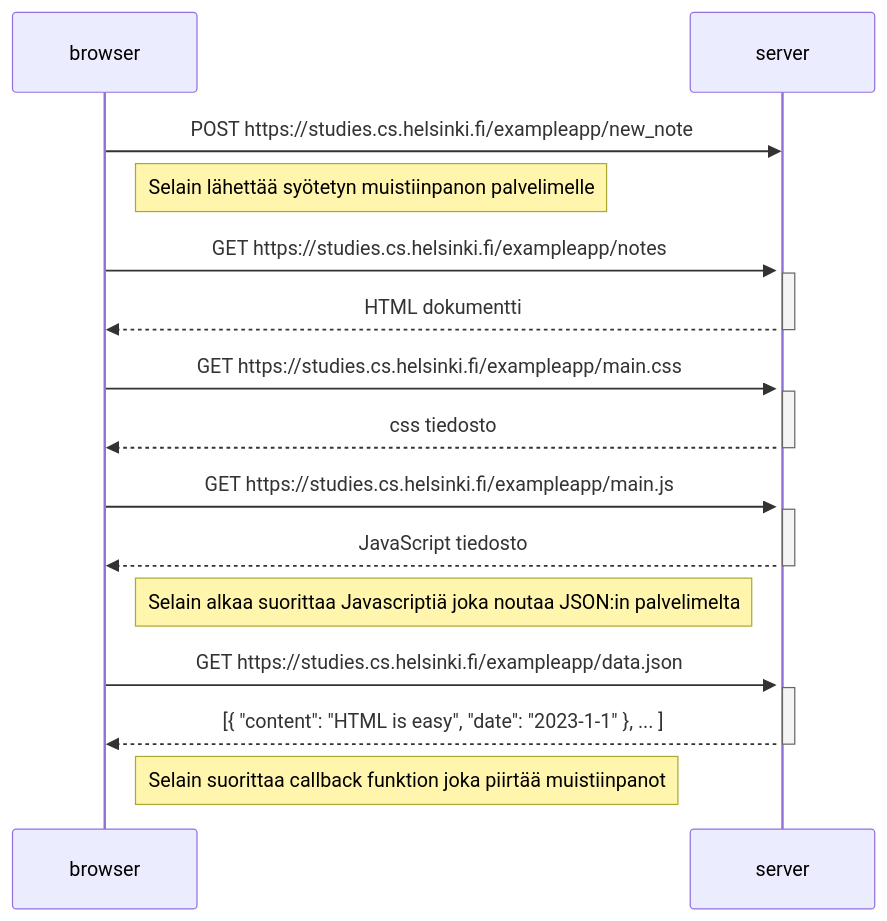
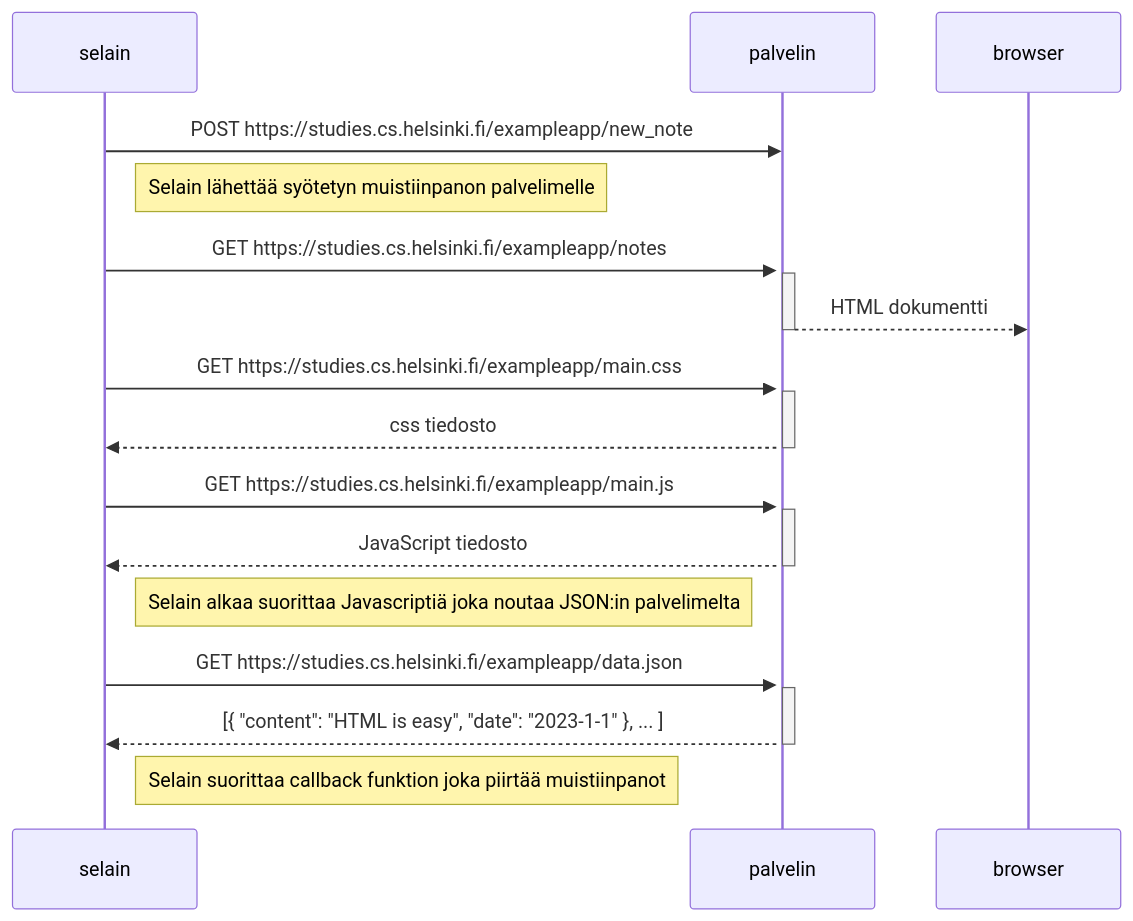
Before and after one commit to tuuhei8/full-stack-open: the diagram in fso0t1.md, drawn with Mermaid.

````diff
--- a/fso0t1.md
+++ b/fso0t1.md
@@ -1,34 +1,34 @@
 ```mermaid
 sequenceDiagram
-    participant browser
-    participant server
+    participant selain
+    participant palvelin
 
-    browser->>server: POST https://studies.cs.helsinki.fi/exampleapp/new_note
-    activate server
+    selain->>palvelin: POST https://studies.cs.helsinki.fi/exampleapp/new_note
+    activate palvelin
 
-    Note right of browser: Selain lähettää syötetyn muistiinpanon palvelimelle
+    Note right of selain: Selain lähettää syötetyn muistiinpanon palvelimelle
     
-    browser->>server: GET https://studies.cs.helsinki.fi/exampleapp/notes
-    activate server
-    server-->>browser: HTML dokumentti
-    deactivate server
+    selain->>palvelin: GET https://studies.cs.helsinki.fi/exampleapp/notes
+    activate palvelin
+    palvelin-->>browser: HTML dokumentti
+    deactivate palvelin
     
-    browser->>server: GET https://studies.cs.helsinki.fi/exampleapp/main.css
-    activate server
-    server-->>browser: css tiedosto
-    deactivate server
+    selain->>palvelin: GET https://studies.cs.helsinki.fi/exampleapp/main.css
+    activate palvelin
+    palvelin-->>selain: css tiedosto
+    deactivate palvelin
     
-    browser->>server: GET https://studies.cs.helsinki.fi/exampleapp/main.js
-    activate server
-    server-->>browser: JavaScript tiedosto
-    deactivate server
+    selain->>palvelin: GET https://studies.cs.helsinki.fi/exampleapp/main.js
+    activate palvelin
+    palvelin-->>selain: JavaScript tiedosto
+    deactivate palvelin
     
-    Note right of browser: Selain alkaa suorittaa Javascriptiä joka noutaa JSON:in palvelimelta
+    Note right of selain: Selain alkaa suorittaa Javascriptiä joka noutaa JSON:in palvelimelta
     
-    browser->>server: GET https://studies.cs.helsinki.fi/exampleapp/data.json
-    activate server
-    server-->>browser: [{ "content": "HTML is easy", "date": "2023-1-1" }, ... ]
-    deactivate server    
+    selain->>palvelin: GET https://studies.cs.helsinki.fi/exampleapp/data.json
+    activate palvelin
+    palvelin-->>selain: [{ "content": "HTML is easy", "date": "2023-1-1" }, ... ]
+    deactivate palvelin 
 
-    Note right of browser: Selain suorittaa callback funktion joka piirtää muistiinpanot 
+    Note right of selain: Selain suorittaa callback funktion joka piirtää muistiinpanot 
 ```
````
